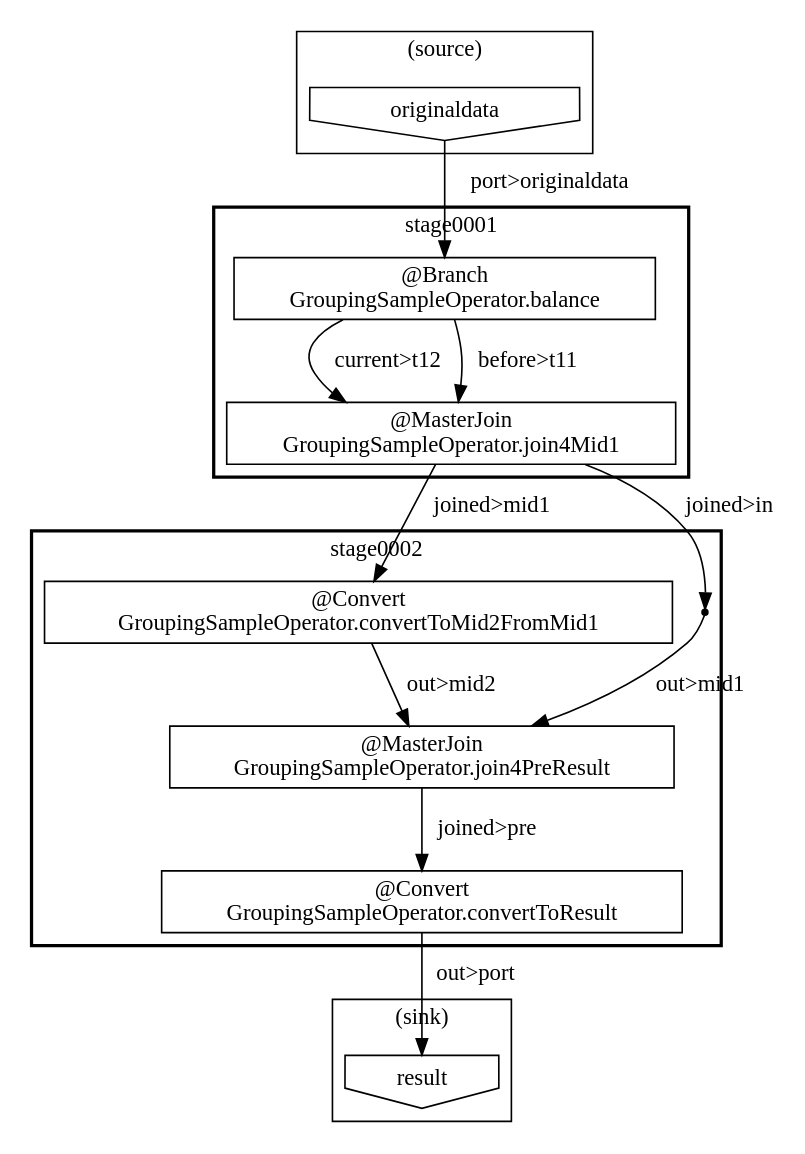
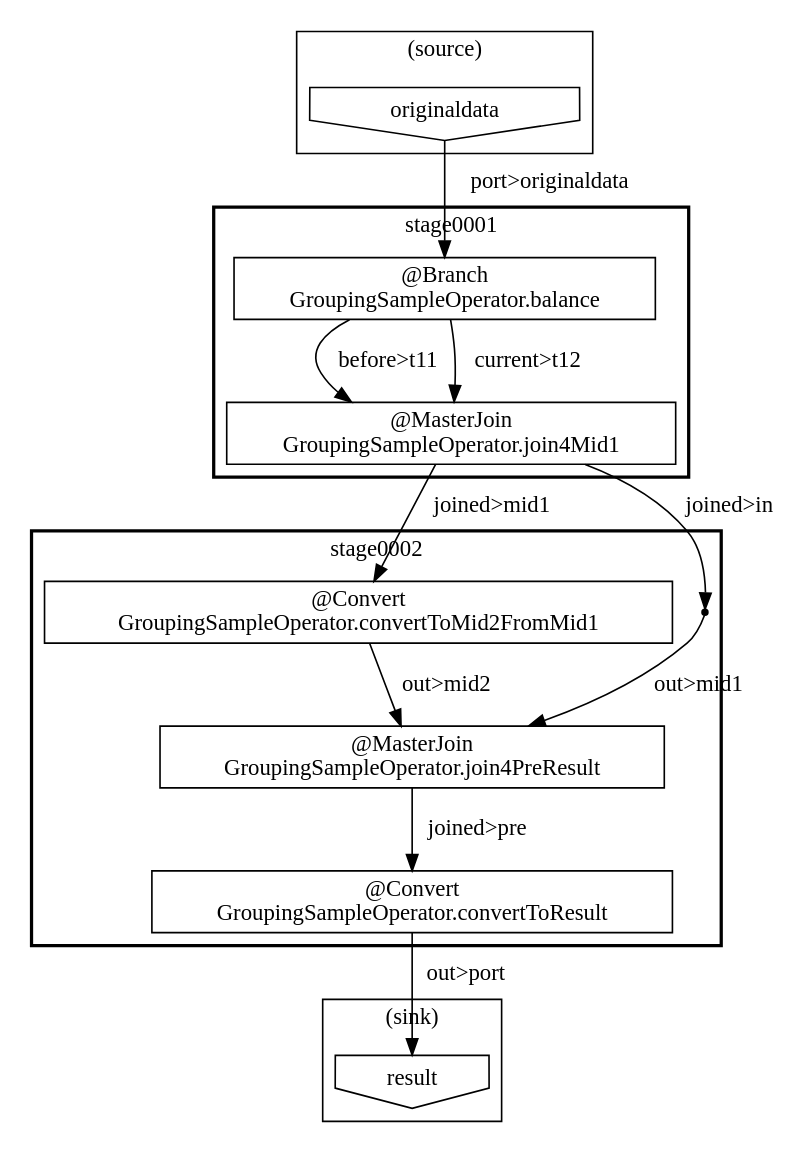
One commit to ironpeace/AsakusaGroupingSample changed the diagram in target/batchcwork/gsBatch/TheGroupingSampleJobFlow/build/bin/META-INF/visualize/stagegraph.dot. Above: the diagram before and after it, drawn with Graphviz. The commit also changed 98 other files, not shown here.

```diff
--- a/target/batchcwork/gsBatch/TheGroupingSampleJobFlow/build/bin/META-INF/visualize/stagegraph.dot
+++ b/target/batchcwork/gsBatch/TheGroupingSampleJobFlow/build/bin/META-INF/visualize/stagegraph.dot
@@ -1,33 +1,33 @@
 digraph {
-    subgraph "cluster_388e30bd-1d15-446e-b7d0-1e639518525e" {
+    subgraph "cluster_80794f83-069e-475c-83d8-af06c5399fb7" {
+        label = "(source)";
+        "2e7832be-3afe-43c4-a52d-b250ade63cfe" [shape=invhouse, label="originaldata"];
+    }
+    subgraph "cluster_579bd6ef-2852-4494-8c06-ee4fd7553f3a" {
+        label = "stage0001";
+        style = bold;
+        "404463aa-bf64-4b71-8863-56e54a6c7a88" [shape=box, label="@Branch\nGroupingSampleOperator.balance"];
+        "5d3980d6-f4fc-4014-91d9-443ab3807bad" [shape=box, label="@MasterJoin\nGroupingSampleOperator.join4Mid1"];
+    }
+    subgraph "cluster_2badacb1-2936-48df-a972-03f53e8e159e" {
+        label = "(sink)";
+        "8e281569-2f91-4a22-96bd-664e9263c1a0" [shape=invhouse, label="result"];
+    }
+    subgraph "cluster_f3a5277b-d0ef-4aad-ac3f-97f06d97d905" {
         label = "stage0002";
         style = bold;
-        "1c88ed26-b81f-4146-9d85-3104648723dc" [shape=box, label="@Convert\nGroupingSampleOperator.convertToResult"];
-        "99d4ab1b-f9aa-4c02-b898-d1e63161e96d" [shape=box, label="@MasterJoin\nGroupingSampleOperator.join4PreResult"];
-        "001cf3ee-215d-4ba3-b3fc-3301ce1202ab" [shape=box, label="@Convert\nGroupingSampleOperator.convertToMid2FromMid1"];
-        "8280ad04-6ec4-464e-8b96-ecf47b263efc" [shape=point];
+        "5fe7513e-1efb-416b-a22c-dddc8ab4587e" [shape=box, label="@MasterJoin\nGroupingSampleOperator.join4PreResult"];
+        "55b4b265-b2c7-4bed-a9ac-8fb642542e3f" [shape=box, label="@Convert\nGroupingSampleOperator.convertToResult"];
+        "09bb4df6-f89f-4b42-97a3-bbbc9cf935ec" [shape=box, label="@Convert\nGroupingSampleOperator.convertToMid2FromMid1"];
+        "922cdd0e-1a6a-4d0b-b40b-53d486fb880e" [shape=point];
     }
-    subgraph "cluster_b7fb8b80-f824-402c-b14d-dc1a7ba46f1d" {
-        label = "stage0001";
-        style = bold;
-        "b6bb9f01-7462-4abc-8a24-87c867d260da" [shape=box, label="@MasterJoin\nGroupingSampleOperator.join4Mid1"];
-        "1b69cb19-eeb1-43fb-9e11-1f3bebf4e39e" [shape=box, label="@Branch\nGroupingSampleOperator.balance"];
-    }
-    subgraph "cluster_cb5a4d36-d264-4560-8a75-388a80f4e781" {
-        label = "(sink)";
-        "95341f21-e4de-45df-8e04-1e50c2072f5f" [shape=invhouse, label="result"];
-    }
-    subgraph "cluster_359216c3-e232-45c8-9b1e-900eacf9317f" {
-        label = "(source)";
-        "1ffe69d6-f12b-4431-88bc-37318c1836a8" [shape=invhouse, label="originaldata"];
-    }
-    "1c88ed26-b81f-4146-9d85-3104648723dc" -> "95341f21-e4de-45df-8e04-1e50c2072f5f" [label="out>port"];
-    "99d4ab1b-f9aa-4c02-b898-d1e63161e96d" -> "1c88ed26-b81f-4146-9d85-3104648723dc" [label="joined>pre"];
-    "001cf3ee-215d-4ba3-b3fc-3301ce1202ab" -> "99d4ab1b-f9aa-4c02-b898-d1e63161e96d" [label="out>mid2"];
-    "8280ad04-6ec4-464e-8b96-ecf47b263efc" -> "99d4ab1b-f9aa-4c02-b898-d1e63161e96d" [label="out>mid1"];
-    "b6bb9f01-7462-4abc-8a24-87c867d260da" -> "001cf3ee-215d-4ba3-b3fc-3301ce1202ab" [label="joined>mid1"];
-    "b6bb9f01-7462-4abc-8a24-87c867d260da" -> "8280ad04-6ec4-464e-8b96-ecf47b263efc" [label="joined>in"];
-    "1b69cb19-eeb1-43fb-9e11-1f3bebf4e39e" -> "b6bb9f01-7462-4abc-8a24-87c867d260da" [label="current>t12"];
-    "1b69cb19-eeb1-43fb-9e11-1f3bebf4e39e" -> "b6bb9f01-7462-4abc-8a24-87c867d260da" [label="before>t11"];
-    "1ffe69d6-f12b-4431-88bc-37318c1836a8" -> "1b69cb19-eeb1-43fb-9e11-1f3bebf4e39e" [label="port>originaldata"];
+    "2e7832be-3afe-43c4-a52d-b250ade63cfe" -> "404463aa-bf64-4b71-8863-56e54a6c7a88" [label="port>originaldata"];
+    "404463aa-bf64-4b71-8863-56e54a6c7a88" -> "5d3980d6-f4fc-4014-91d9-443ab3807bad" [label="before>t11"];
+    "404463aa-bf64-4b71-8863-56e54a6c7a88" -> "5d3980d6-f4fc-4014-91d9-443ab3807bad" [label="current>t12"];
+    "5d3980d6-f4fc-4014-91d9-443ab3807bad" -> "922cdd0e-1a6a-4d0b-b40b-53d486fb880e" [label="joined>in"];
+    "5d3980d6-f4fc-4014-91d9-443ab3807bad" -> "09bb4df6-f89f-4b42-97a3-bbbc9cf935ec" [label="joined>mid1"];
+    "55b4b265-b2c7-4bed-a9ac-8fb642542e3f" -> "8e281569-2f91-4a22-96bd-664e9263c1a0" [label="out>port"];
+    "5fe7513e-1efb-416b-a22c-dddc8ab4587e" -> "55b4b265-b2c7-4bed-a9ac-8fb642542e3f" [label="joined>pre"];
+    "09bb4df6-f89f-4b42-97a3-bbbc9cf935ec" -> "5fe7513e-1efb-416b-a22c-dddc8ab4587e" [label="out>mid2"];
+    "922cdd0e-1a6a-4d0b-b40b-53d486fb880e" -> "5fe7513e-1efb-416b-a22c-dddc8ab4587e" [label="out>mid1"];
 }
```
